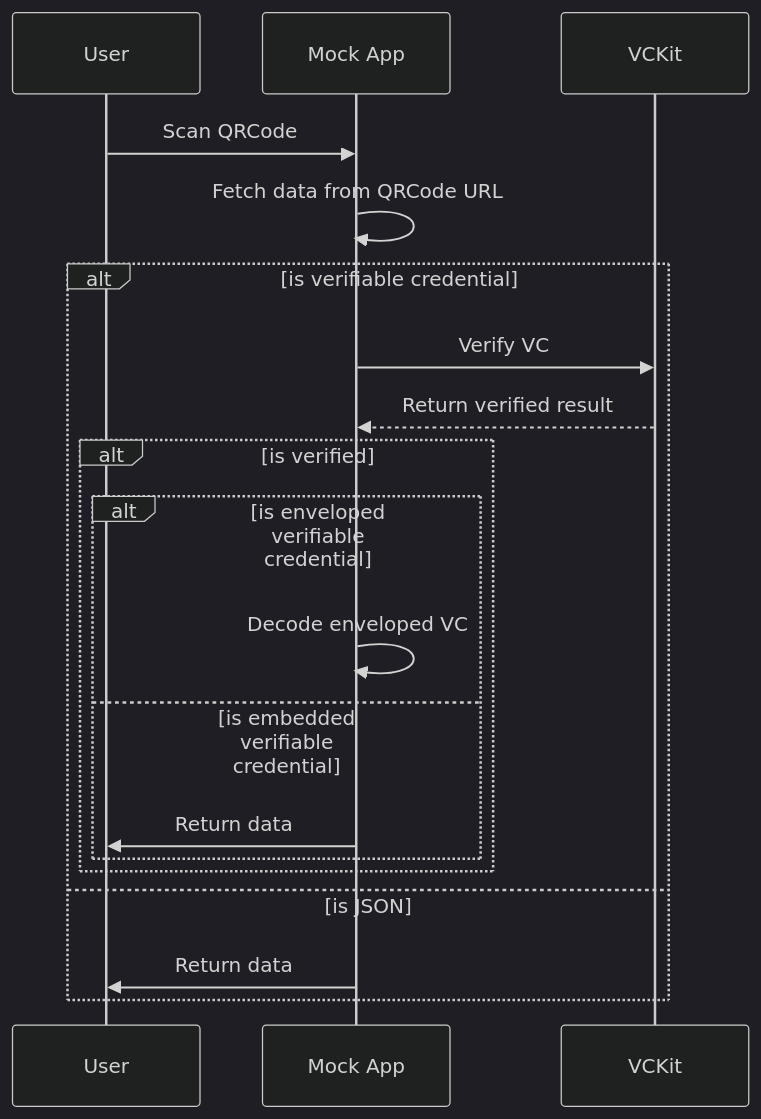
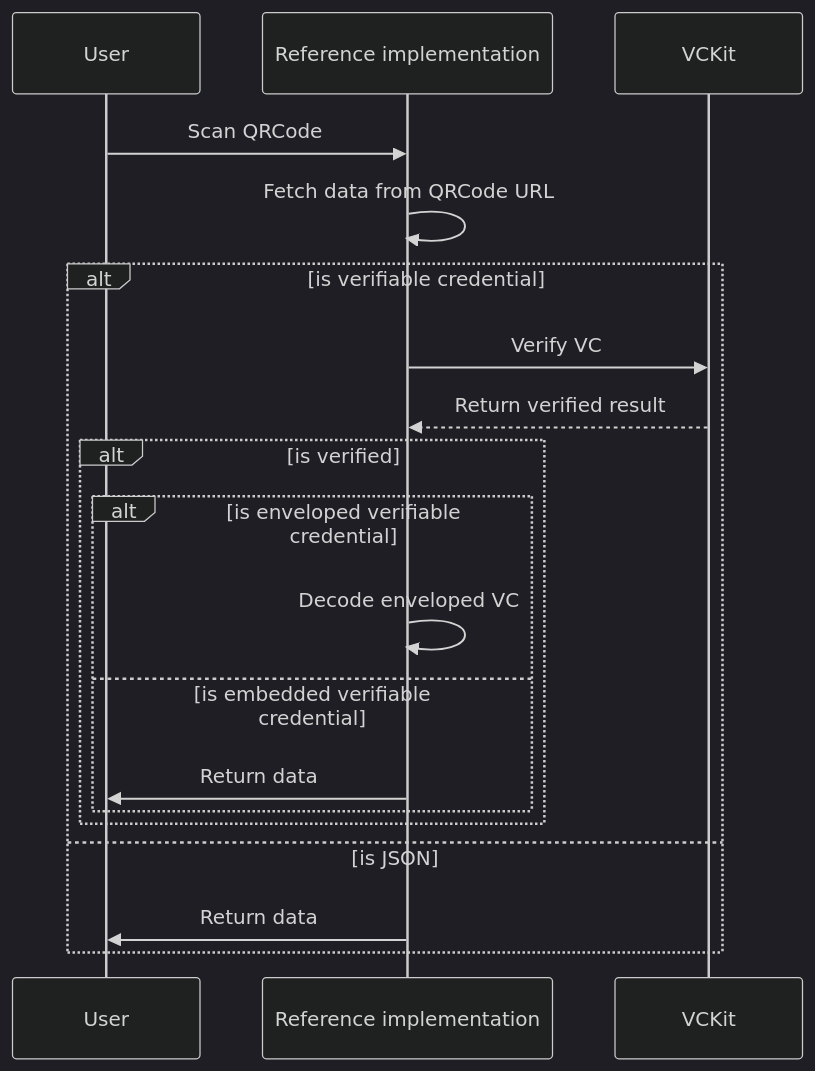
Before and after one commit to uncefact/tests-untp: the diagram in documentation/versioned_docs/version-0.1.0/reference-implementation/components/qr-code-scanner-dialog-button.md, drawn with Mermaid (dark theme). The commit also changed 84 other files, not shown here.

Commit message:
chore: replace mock app with reference implementation

````diff
--- a/documentation/versioned_docs/version-0.1.0/reference-implementation/components/qr-code-scanner-dialog-button.md
+++ b/documentation/versioned_docs/version-0.1.0/reference-implementation/components/qr-code-scanner-dialog-button.md
@@ -28,22 +28,22 @@
 ```mermaid
 sequenceDiagram
     participant U as User
-    participant MA as Mock App
+    participant MA as Reference implementation
     participant V as VCKit
 
     U->>MA: Scan QRCode
     MA->>MA: Fetch data from QRCode URL
     alt is verifiable credential
         MA->>V: Verify VC
         V-->>MA: Return verified result
         alt is verified
             alt is enveloped verifiable credential
                 MA->>MA: Decode enveloped VC
             else is embedded verifiable credential
                 MA->>U: Return data
             end
         end
     else is JSON
         MA->>U: Return data
     end
 ```
````
